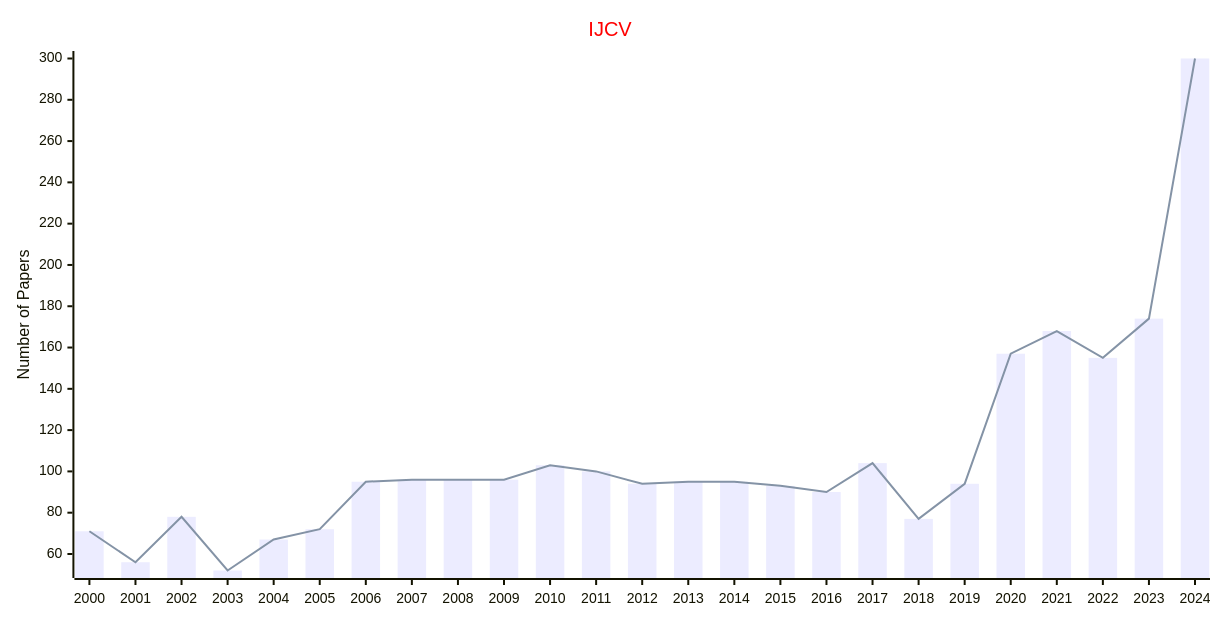
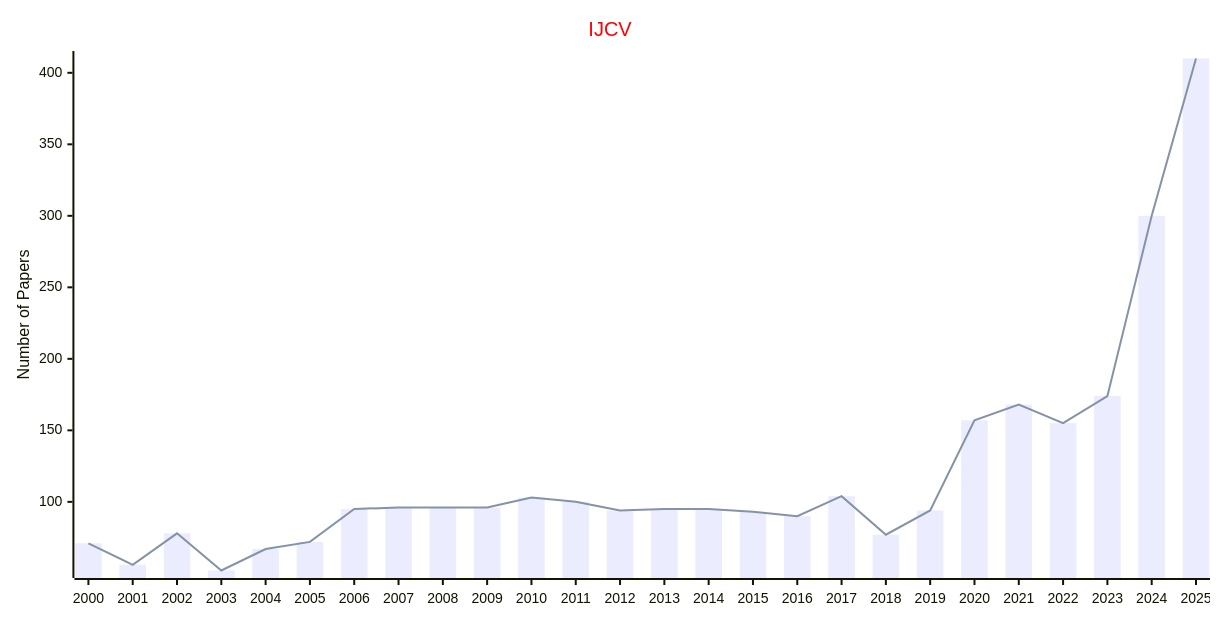
Before and after one commit to Easy-PhD/AILinks: the third of 4 diagrams in docs/data/Journals/Statistics_Journals/Computer_Vision.md, drawn with Mermaid. The commit also changed other lines of this file and 107 other files, not shown here.

````diff
--- a/docs/data/Journals/Statistics_Journals/Computer_Vision.md
+++ b/docs/data/Journals/Statistics_Journals/Computer_Vision.md
@@ -57,17 +57,17 @@
 ```mermaid
 ---
 config:
     xyChart:
         width: 1200
         height: 600
     themeVariables:
         xyChart:
             titleColor: "#ff0000"
 ---
 xychart-beta
     title "IJCV"
-    x-axis [2000, 2001, 2002, 2003, 2004, 2005, 2006, 2007, 2008, 2009, 2010, 2011, 2012, 2013, 2014, 2015, 2016, 2017, 2018, 2019, 2020, 2021, 2022, 2023, 2024]
+    x-axis [2000, 2001, 2002, 2003, 2004, 2005, 2006, 2007, 2008, 2009, 2010, 2011, 2012, 2013, 2014, 2015, 2016, 2017, 2018, 2019, 2020, 2021, 2022, 2023, 2024, 2025]
     y-axis "Number of Papers"
-    bar [71, 56, 78, 52, 67, 72, 95, 96, 96, 96, 103, 100, 94, 95, 95, 93, 90, 104, 77, 94, 157, 168, 155, 174, 300]
-    line [71, 56, 78, 52, 67, 72, 95, 96, 96, 96, 103, 100, 94, 95, 95, 93, 90, 104, 77, 94, 157, 168, 155, 174, 300]
+    bar [71, 56, 78, 52, 67, 72, 95, 96, 96, 96, 103, 100, 94, 95, 95, 93, 90, 104, 77, 94, 157, 168, 155, 174, 300, 410]
+    line [71, 56, 78, 52, 67, 72, 95, 96, 96, 96, 103, 100, 94, 95, 95, 93, 90, 104, 77, 94, 157, 168, 155, 174, 300, 410]
 ```
````
